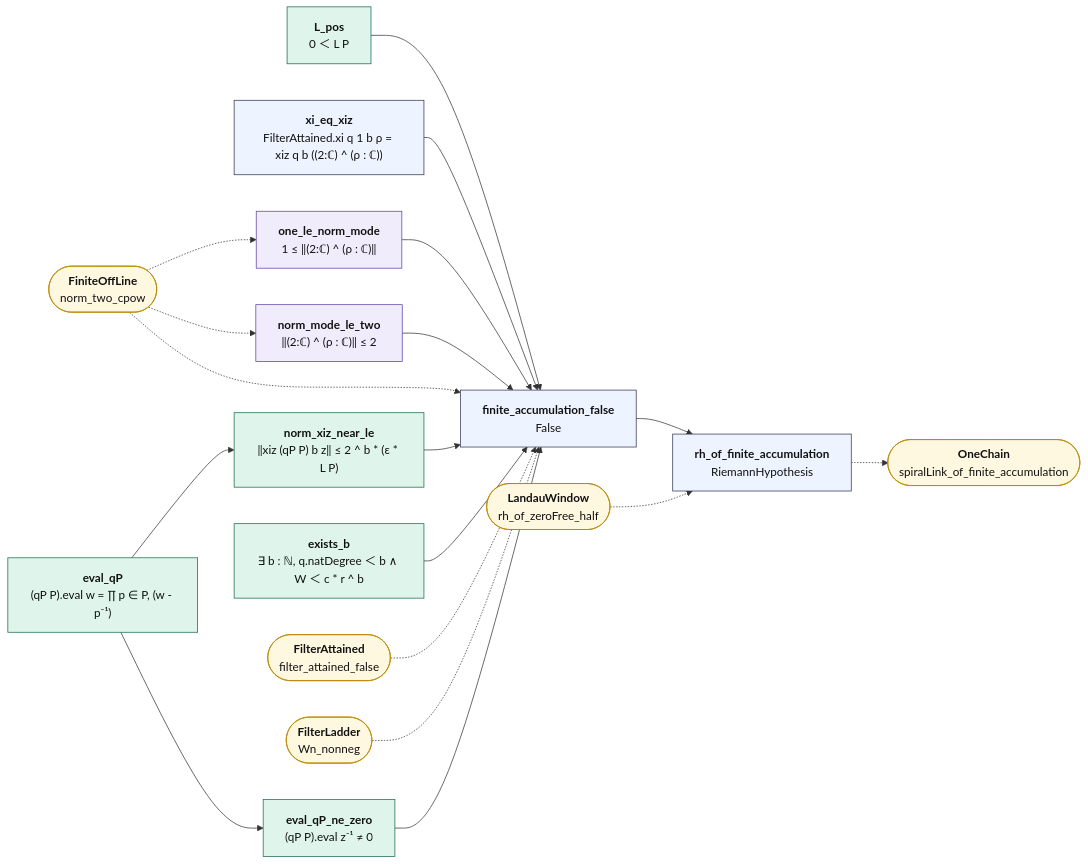
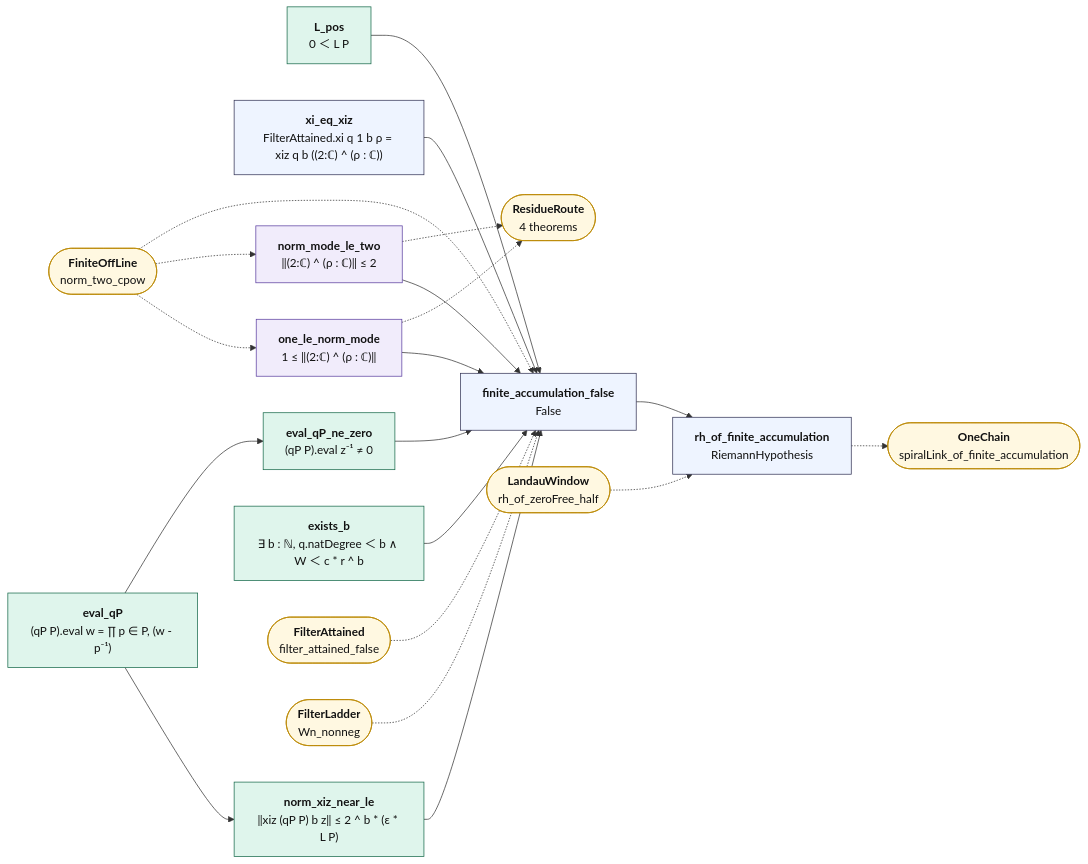
The diagram in map/lean_stage3/FilterAccum.md (juliansambranojr/Primebeat_081426), drawn with Mermaid before and after one commit. The commit also changed other lines of this file and 24 other files, not shown here.

````diff
--- a/map/lean_stage3/FilterAccum.md
+++ b/map/lean_stage3/FilterAccum.md
@@ -14,43 +14,46 @@
 ```mermaid
 flowchart LR
   n0["<b>eval_qP</b><br/>(qP P).eval w = ∏ p ∈ P, (w - p⁻¹)"]:::cnt
   n1["<b>L_pos</b><br/>0 ＜ L P"]:::cnt
   n2["<b>xi_eq_xiz</b><br/>FilterAttained.xi q 1 b ρ = xiz q b ((2:ℂ) ^ (ρ : ℂ))"]:::thm
   n3["<b>one_le_norm_mode</b><br/>1 ≤ ‖(2:ℂ) ^ (ρ : ℂ)‖"]:::shp
   n4["<b>norm_mode_le_two</b><br/>‖(2:ℂ) ^ (ρ : ℂ)‖ ≤ 2"]:::shp
   n5["<b>norm_xiz_near_le</b><br/>‖xiz (qP P) b z‖ ≤ 2 ^ b * (ε * L P)"]:::cnt
   n6["<b>eval_qP_ne_zero</b><br/>(qP P).eval z⁻¹ ≠ 0"]:::cnt
   n7["<b>exists_b</b><br/>∃ b : ℕ, q.natDegree ＜ b ∧ W ＜ c * r ^ b"]:::cnt
   n8["<b>finite_accumulation_false</b><br/>False"]:::thm
   n9["<b>rh_of_finite_accumulation</b><br/>RiemannHypothesis"]:::thm
   x0(["<b>FiniteOffLine</b><br/>norm_two_cpow"]):::ext
-  x1(["<b>FilterAttained</b><br/>filter_attained_false"]):::ext
-  x2(["<b>FilterLadder</b><br/>Wn_nonneg"]):::ext
-  x3(["<b>LandauWindow</b><br/>rh_of_zeroFree_half"]):::ext
-  x4(["<b>OneChain</b><br/>spiralLink_of_finite_accumulation"]):::ext
+  x1(["<b>ResidueRoute</b><br/>4 theorems"]):::ext
+  x2(["<b>FilterAttained</b><br/>filter_attained_false"]):::ext
+  x3(["<b>FilterLadder</b><br/>Wn_nonneg"]):::ext
+  x4(["<b>LandauWindow</b><br/>rh_of_zeroFree_half"]):::ext
+  x5(["<b>OneChain</b><br/>spiralLink_of_finite_accumulation"]):::ext
   n0 --> n5
   n0 --> n6
   n1 --> n8
   n2 --> n8
   n3 --> n8
   n4 --> n8
   n5 --> n8
   n6 --> n8
   n7 --> n8
   n8 --> n9
-  n9 -.-> x4
+  n3 -.-> x1
+  n4 -.-> x1
+  n9 -.-> x5
   x0 -.-> n3
   x0 -.-> n4
   x0 -.-> n8
-  x1 -.-> n8
   x2 -.-> n8
-  x3 -.-> n9
+  x3 -.-> n8
+  x4 -.-> n9
   classDef cnt fill:#dff5ec,stroke:#17694a,color:#111
   classDef shp fill:#f1ecfb,stroke:#5b3fa0,color:#111
   classDef rh fill:#ffe5e5,stroke:#c22,color:#111,stroke-width:2px
   classDef thm fill:#eef4ff,stroke:#335,color:#111
   classDef end_ fill:#e7f7e7,stroke:#2a7,color:#111,stroke-width:2px
   classDef lone fill:#fff,stroke:#999,color:#111,stroke-dasharray:4 3
   classDef bad fill:#ffe5e5,stroke:#c22,color:#111,stroke-width:2px
   classDef ext fill:#fff8e1,stroke:#b80,color:#111
 ```
````
